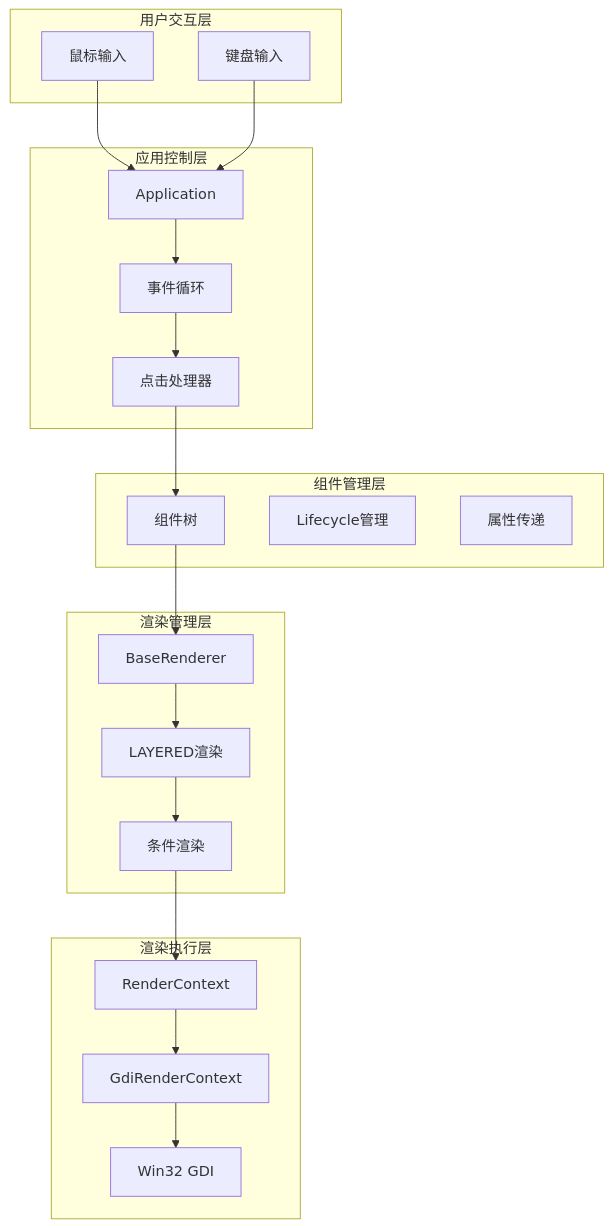
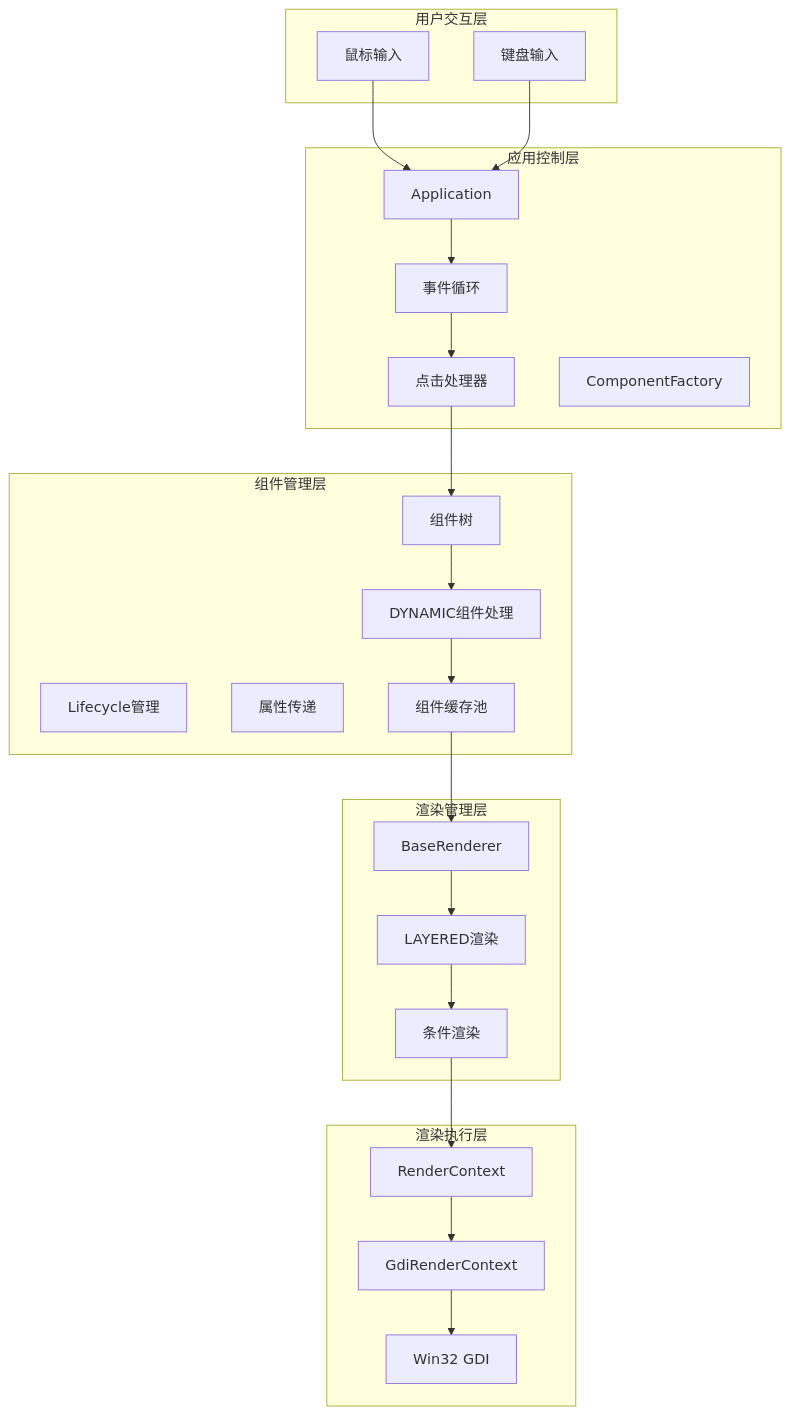
Before and after one commit to xingye00186/PUI: the third of 13 diagrams in .qoder/repowiki/zh/content/核心架构设计/组件系统设计.md, drawn with Mermaid. The commit also changed other lines of this file and 10 other files, not shown here.

````diff
--- a/.qoder/repowiki/zh/content/核心架构设计/组件系统设计.md
+++ b/.qoder/repowiki/zh/content/核心架构设计/组件系统设计.md
@@ -184,38 +210,43 @@
 ```mermaid
 graph TB
 subgraph "用户交互层"
 INPUT[鼠标输入]
 KEYBOARD[键盘输入]
 end
 subgraph "应用控制层"
 APPLICATION[Application]
 EVENTLOOP[事件循环]
 CLICKHANDLER[点击处理器]
+FACTORY[ComponentFactory]
 end
 subgraph "组件管理层"
 COMPONENTTREE[组件树]
 LIFECYCLE[Lifecycle管理]
 PROPS[属性传递]
+DYNAMIC[DYNAMIC组件处理]
+CACHE[组件缓存池]
 end
 subgraph "渲染管理层"
 RENDERER[BaseRenderer]
 LAYERED[LAYERED渲染]
 CONDITION[条件渲染]
 end
 subgraph "渲染执行层"
 RENDERCONTEXT[RenderContext]
 GDI[GdiRenderContext]
 BACKEND[Win32 GDI]
 end
 INPUT --> APPLICATION
 KEYBOARD --> APPLICATION
 APPLICATION --> EVENTLOOP
 EVENTLOOP --> CLICKHANDLER
 CLICKHANDLER --> COMPONENTTREE
-COMPONENTTREE --> RENDERER
+COMPONENTTREE --> DYNAMIC
+DYNAMIC --> CACHE
+CACHE --> RENDERER
 RENDERER --> LAYERED
 LAYERED --> CONDITION
 CONDITION --> RENDERCONTEXT
 RENDERCONTEXT --> GDI
 GDI --> BACKEND
 ```
````
